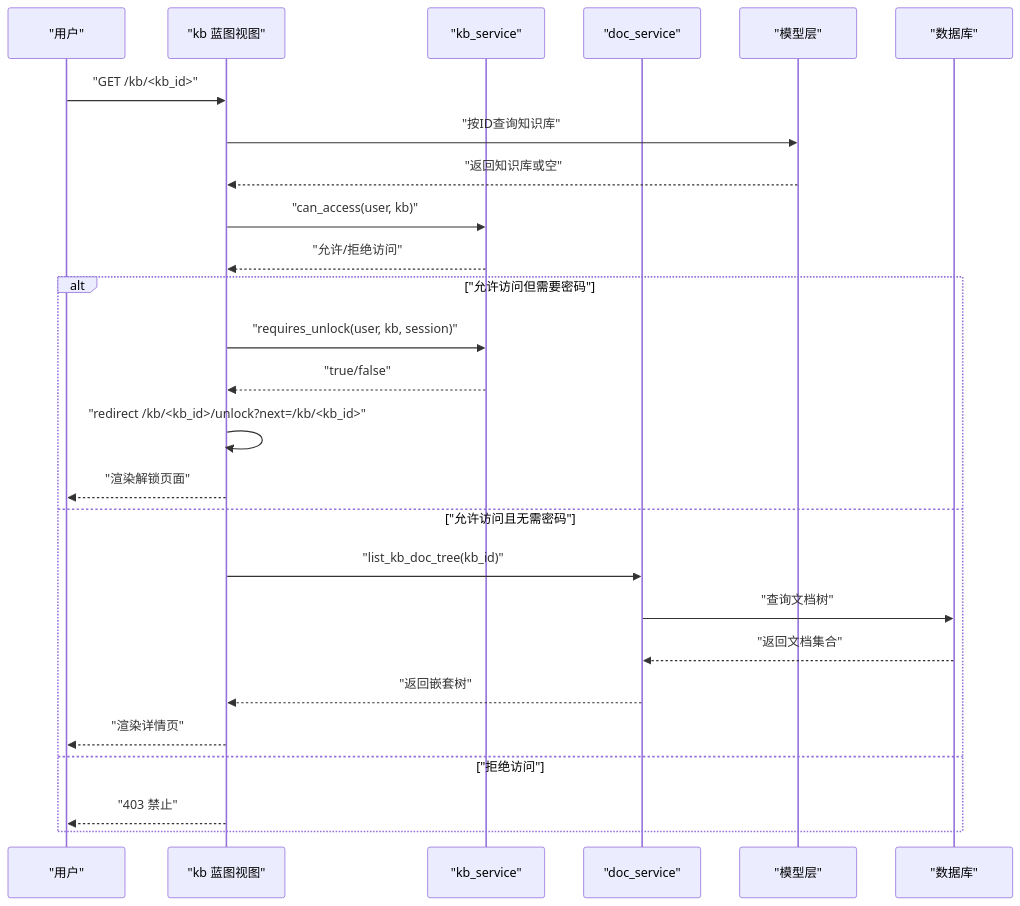
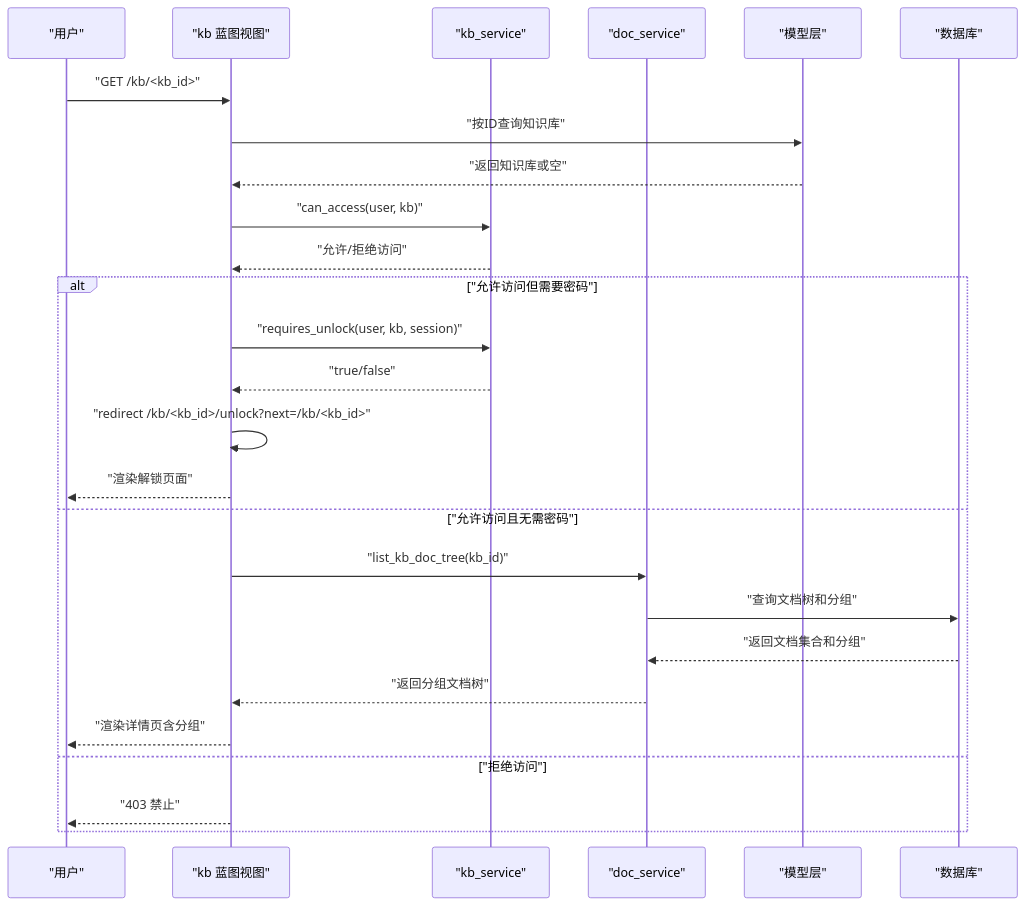
Before and after one commit to beyondalbert/my_wiki: the second of 9 diagrams in .qoder/repowiki/zh/content/架构设计/蓝图系统设计/知识库蓝图 (Knowledge Base Blueprint).md, drawn with Mermaid. The commit also changed other lines of this file and 5 other files, not shown here.

````diff
--- a/.qoder/repowiki/zh/content/架构设计/蓝图系统设计/知识库蓝图 (Knowledge Base Blueprint).md
+++ b/.qoder/repowiki/zh/content/架构设计/蓝图系统设计/知识库蓝图 (Knowledge Base Blueprint).md
@@ -143,28 +158,28 @@
 ```mermaid
 sequenceDiagram
 participant U as "用户"
 participant V as "kb 蓝图视图"
 participant S as "kb_service"
 participant D as "doc_service"
 participant M as "模型层"
 participant DB as "数据库"
 U->>V : "GET /kb/<kb_id>"
 V->>M : "按ID查询知识库"
 M-->>V : "返回知识库或空"
 V->>S : "can_access(user, kb)"
 S-->>V : "允许/拒绝访问"
 alt "允许访问但需要密码"
 V->>S : "requires_unlock(user, kb, session)"
 S-->>V : "true/false"
 V->>V : "redirect /kb/<kb_id>/unlock?next=/kb/<kb_id>"
 V-->>U : "渲染解锁页面"
 else "允许访问且无需密码"
 V->>D : "list_kb_doc_tree(kb_id)"
-D->>DB : "查询文档树"
-DB-->>D : "返回文档集合"
-D-->>V : "返回嵌套树"
-V-->>U : "渲染详情页"
+D->>DB : "查询文档树和分组"
+DB-->>D : "返回文档集合和分组"
+D-->>V : "返回分组文档树"
+V-->>U : "渲染详情页含分组"
 else "拒绝访问"
 V-->>U : "403 禁止"
 end
 ```
````
